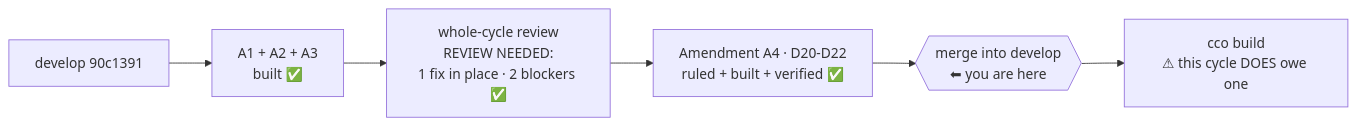
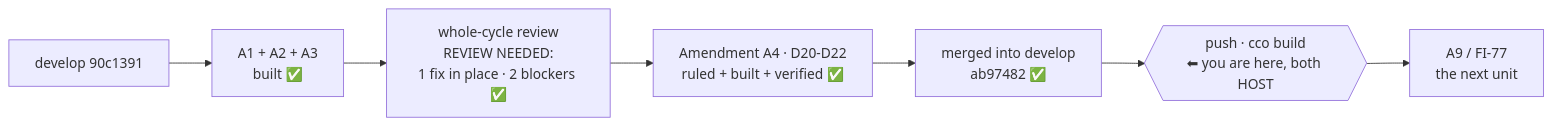
The diagram in docs/maintainers/handoff.md (alergyonthestage/claude-orchestrator), drawn with Mermaid before and after one commit. The commit also changed other lines of this file and 1 other file, not shown here.

First line of the commit message:
docs(roadmap): close A1 on the merge, and move the handoff past it

````diff
--- a/docs/maintainers/handoff.md
+++ b/docs/maintainers/handoff.md
@@ -10,8 +11,9 @@
 ```mermaid
 flowchart LR
     DEV["develop 90c1391"] --> A1["A1 + A2 + A3<br/>built ✅"]
     A1 --> REV["whole-cycle review<br/>REVIEW NEEDED:<br/>1 fix in place · 2 blockers ✅"]
     REV --> A4["Amendment A4 · D20-D22<br/>ruled + built + verified ✅"]
-    A4 --> M{{"merge into develop<br/>⬅ you are here"}}
-    M --> BUILD["cco build<br/>⚠ this cycle DOES owe one"]
+    A4 --> M["merged into develop<br/>ab97482 ✅"]
+    M --> P{{"push · cco build<br/>⬅ you are here, both HOST"}}
+    P --> A9["A9 / FI-77<br/>the next unit"]
 ```
````
